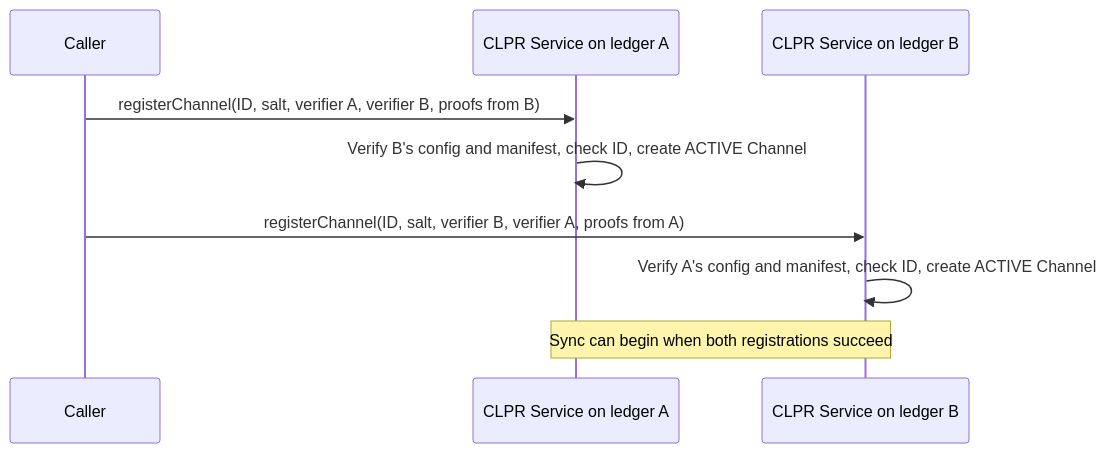
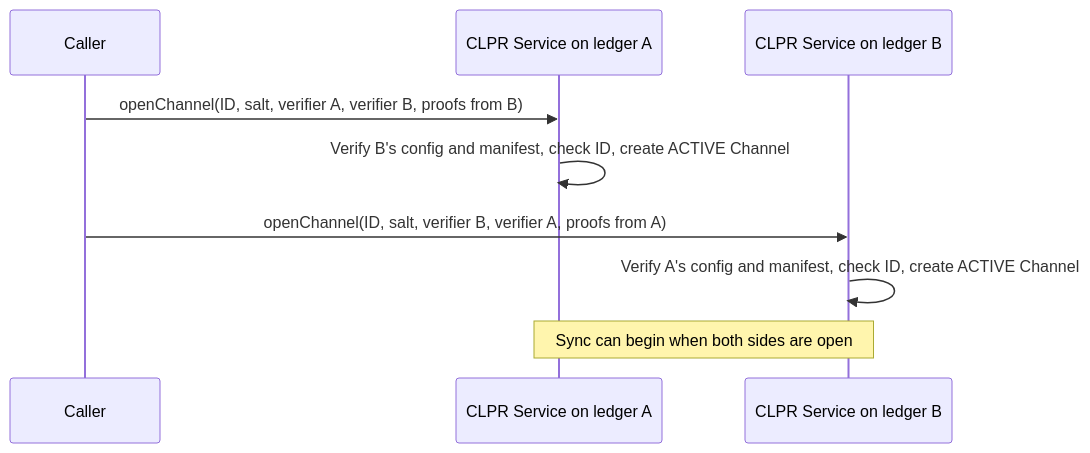
Before and after one commit to hiero-ledger/hiero-improvement-proposals: the first of 3 diagrams in HIP/hip-1535.md, drawn with Mermaid. The commit also changed other lines of this file, not shown here.

````diff
--- a/HIP/hip-1535.md
+++ b/HIP/hip-1535.md
@@ -281,11 +280,11 @@
 ```mermaid
 sequenceDiagram
     participant Caller
     participant A as CLPR Service on ledger A
     participant B as CLPR Service on ledger B
-    Caller->>A: registerChannel(ID, salt, verifier A, verifier B, proofs from B)
+    Caller->>A: openChannel(ID, salt, verifier A, verifier B, proofs from B)
     A->>A: Verify B's config and manifest, check ID, create ACTIVE Channel
-    Caller->>B: registerChannel(ID, salt, verifier B, verifier A, proofs from A)
+    Caller->>B: openChannel(ID, salt, verifier B, verifier A, proofs from A)
     B->>B: Verify A's config and manifest, check ID, create ACTIVE Channel
-    Note over A,B: Sync can begin when both registrations succeed
+    Note over A,B: Sync can begin when both sides are open
 ```
````
